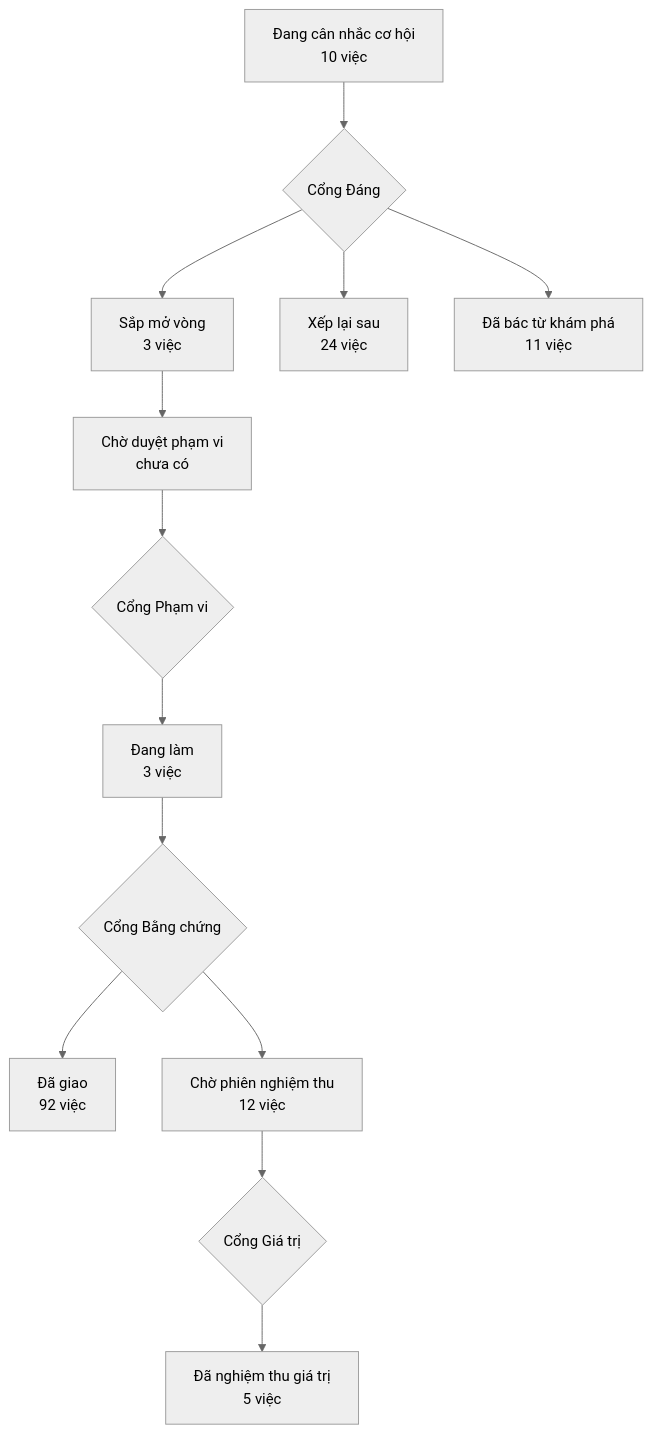
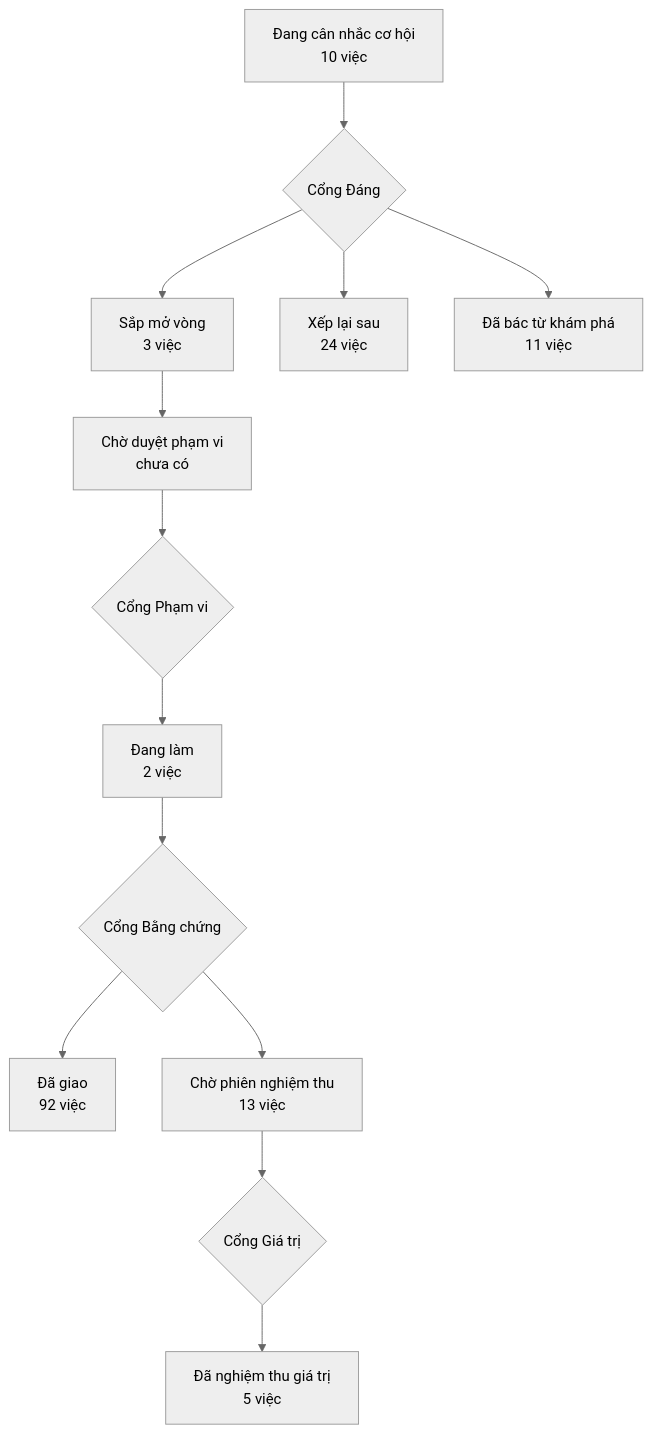
The diagram in PRODUCT-MAP.md (phanlemanh/acceptance-gate-kit), drawn with Mermaid (neutral theme) before and after one commit. The commit also changed 6 other files, not shown here.

````diff
--- a/PRODUCT-MAP.md
+++ b/PRODUCT-MAP.md
@@ -6,12 +6,12 @@
 ```mermaid
 flowchart TD
   A["Đang cân nhắc cơ hội<br/>10 việc"] --> GD{"Cổng Đáng"}
   GD --> B["Sắp mở vòng<br/>3 việc"]
   GD --> XL["Xếp lại sau<br/>24 việc"]
   GD --> DB["Đã bác từ khám phá<br/>11 việc"]
   B --> CD["Chờ duyệt phạm vi<br/>chưa có"] --> GP{"Cổng Phạm vi"}
-  GP --> DL["Đang làm<br/>3 việc"] --> GB{"Cổng Bằng chứng"}
+  GP --> DL["Đang làm<br/>2 việc"] --> GB{"Cổng Bằng chứng"}
   GB --> DG["Đã giao<br/>92 việc"]
-  GB --> CN["Chờ phiên nghiệm thu<br/>12 việc"] --> GG{"Cổng Giá trị"}
+  GB --> CN["Chờ phiên nghiệm thu<br/>13 việc"] --> GG{"Cổng Giá trị"}
   GG --> NT["Đã nghiệm thu giá trị<br/>5 việc"]
 ```
````
